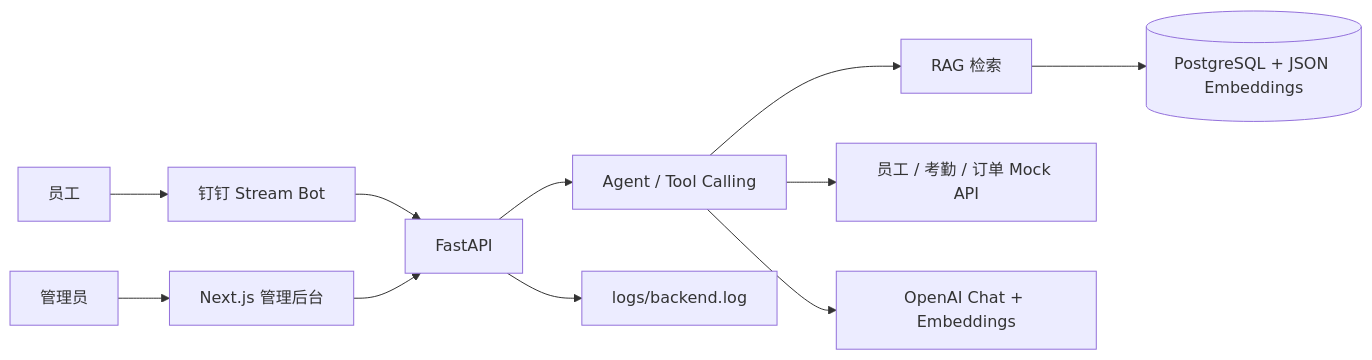
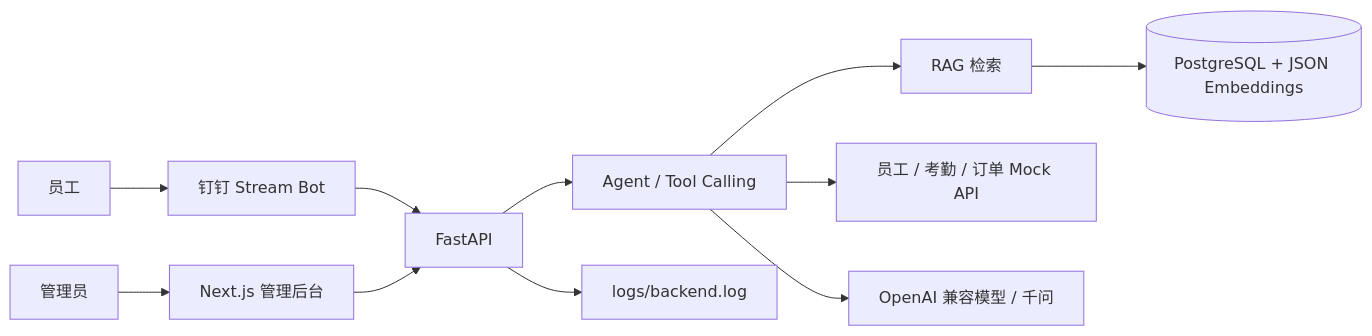
Before and after one commit to boat102/xiaosu: the diagram in README.md, drawn with Mermaid. The commit also changed other lines of this file and 2 other files, not shown here.

Commit message:
docs: 统一模型接入说明与界面文案

````diff
--- a/README.md
+++ b/README.md
@@ -24,13 +24,13 @@
 ```mermaid
 flowchart LR
   U[员工] --> DT[钉钉 Stream Bot]
   A[管理员] --> FE[Next.js 管理后台]
   DT --> API[FastAPI]
   FE --> API
   API --> AG[Agent / Tool Calling]
   AG --> RAG[RAG 检索]
   RAG --> PG[(PostgreSQL + JSON Embeddings)]
   AG --> MOCK[员工 / 考勤 / 订单 Mock API]
-  AG --> OA[OpenAI Chat + Embeddings]
+  AG --> OA[OpenAI 兼容模型 / 千问]
   API --> LOG[logs/backend.log]
 ```
````
